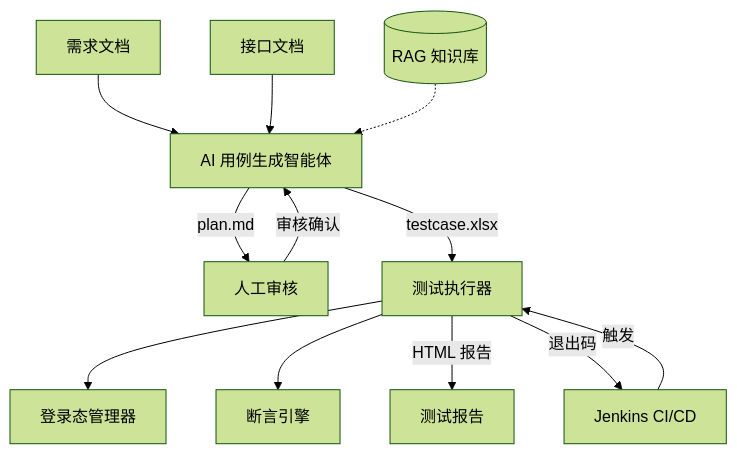
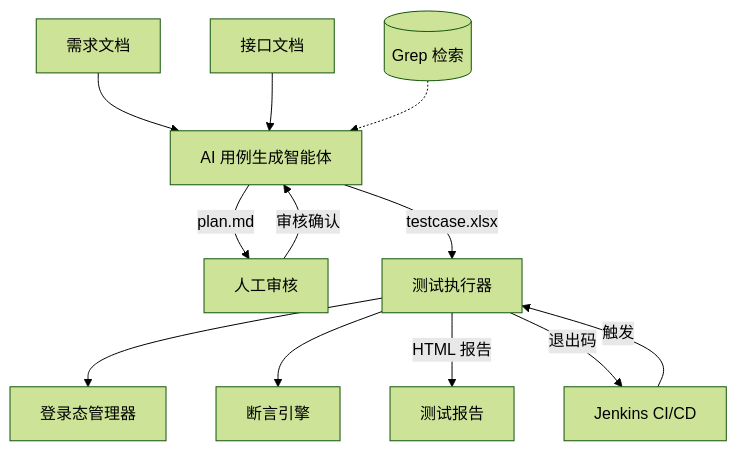
One commit to Remon-16/flow-forge changed the diagram in README.md. Above: the diagram before and after it, drawn with Mermaid (forest theme). The commit also changed other lines of this file, not shown here.

Commit message:
更新README

````diff
--- a/README.md
+++ b/README.md
@@ -12,14 +12,14 @@
 ```mermaid
 graph TD
     REQ[需求文档] --> AGENT[AI 用例生成智能体]
     API[接口文档] --> AGENT
-    KB[(RAG 知识库)] -.-> AGENT
+    KB[(Grep 检索)] -.-> AGENT
     AGENT --> |plan.md| REVIEW[人工审核]
     REVIEW --> |审核确认| AGENT
     AGENT --> |testcase.xlsx| EXEC[测试执行器]
     EXEC --> LM[登录态管理器]
     EXEC --> AE[断言引擎]
     EXEC --> |HTML 报告| REPORT[测试报告]
     JENKINS[Jenkins CI/CD] --> |触发| EXEC
     EXEC --> |退出码| JENKINS
 ```
````
